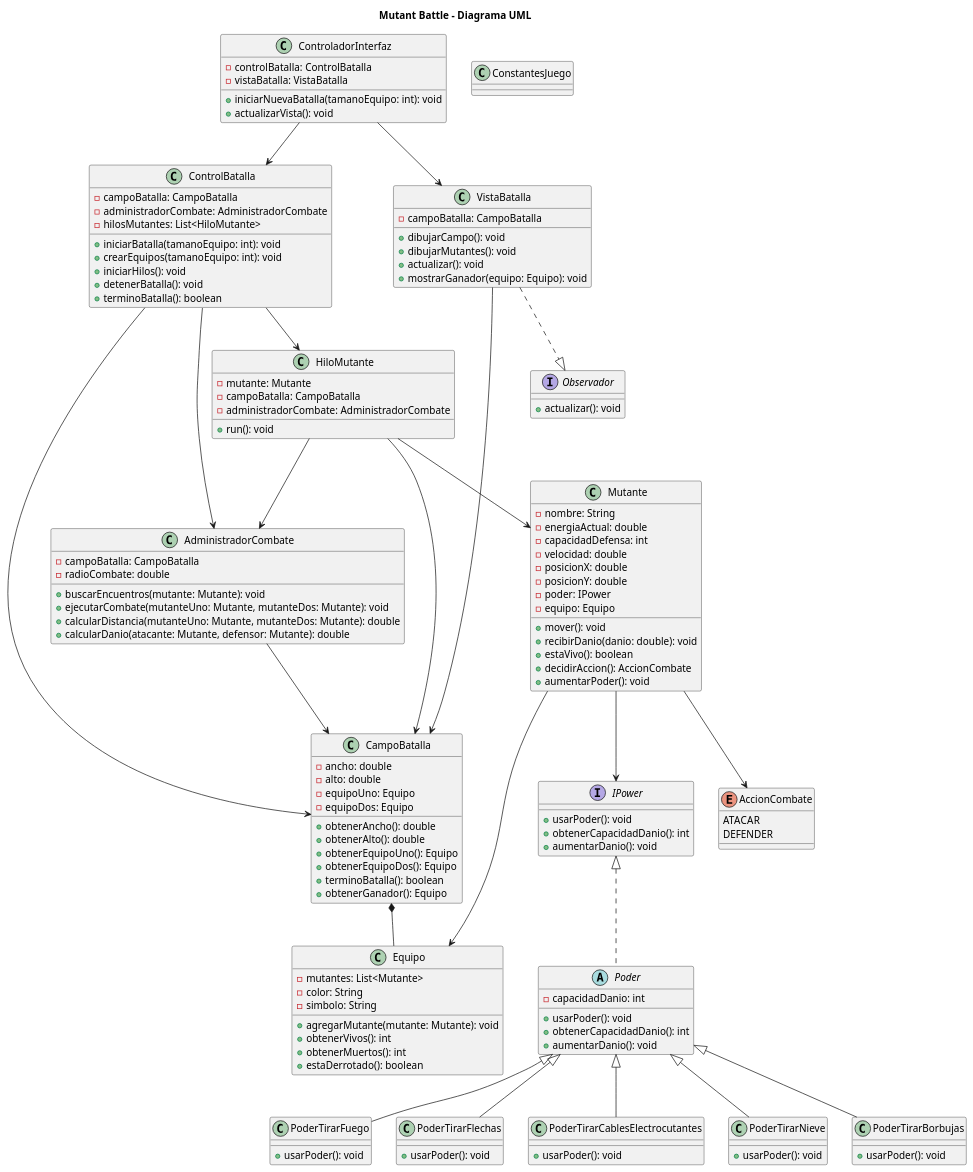
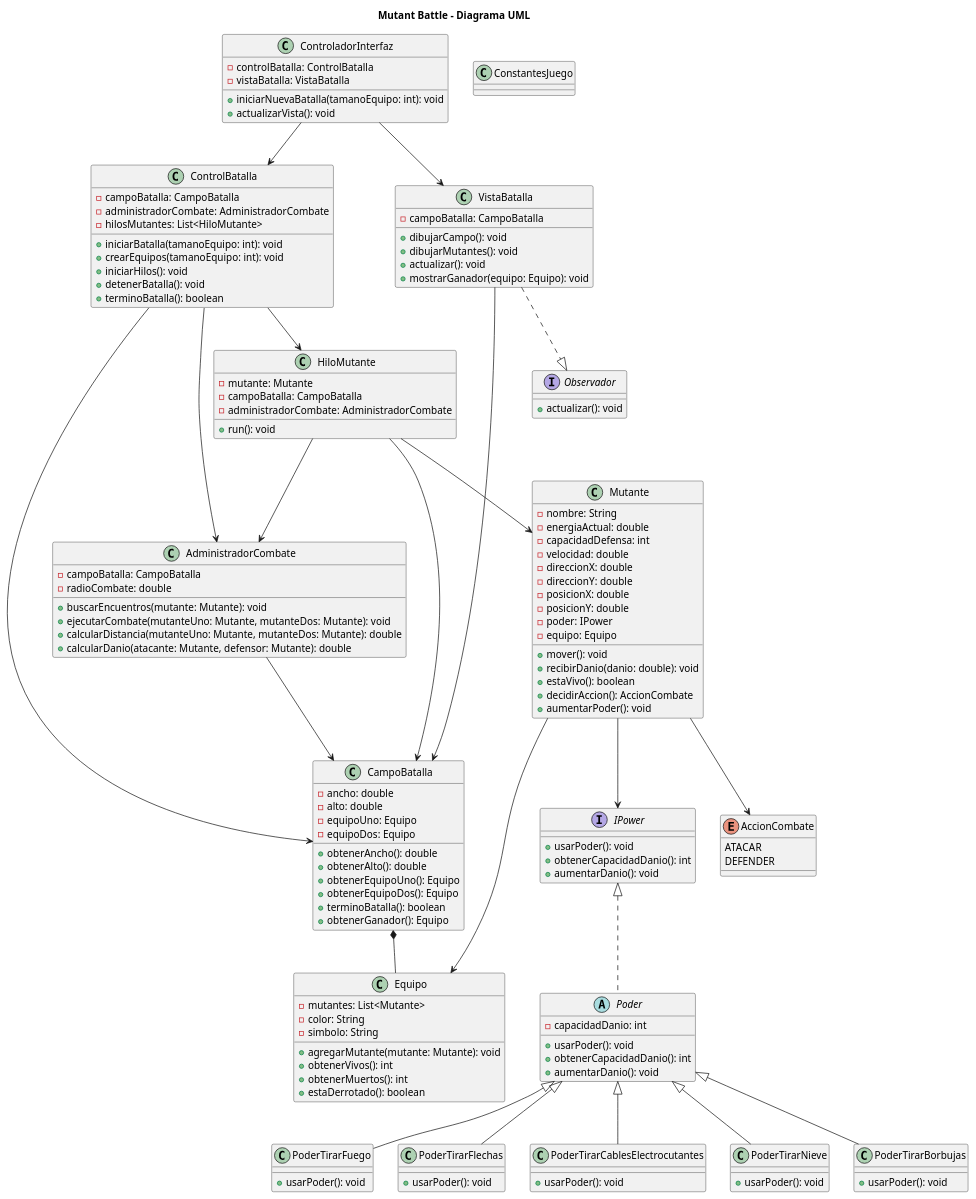
One commit to Eimyvh/Mutant-Battle-Game changed the diagram in README.md. Above: the diagram before and after it, drawn with PlantUML. The commit also changed other lines of this file, not shown here.

Commit message:
Actualizar UML para dirección de movimiento

```diff
--- a/README.md
+++ b/README.md
@@ -359,6 +361,8 @@
     -energiaActual: double
     -capacidadDefensa: int
     -velocidad: double
+    -direccionX: double
+    -direccionY: double
     -posicionX: double
     -posicionY: double
     -poder: IPower
```
